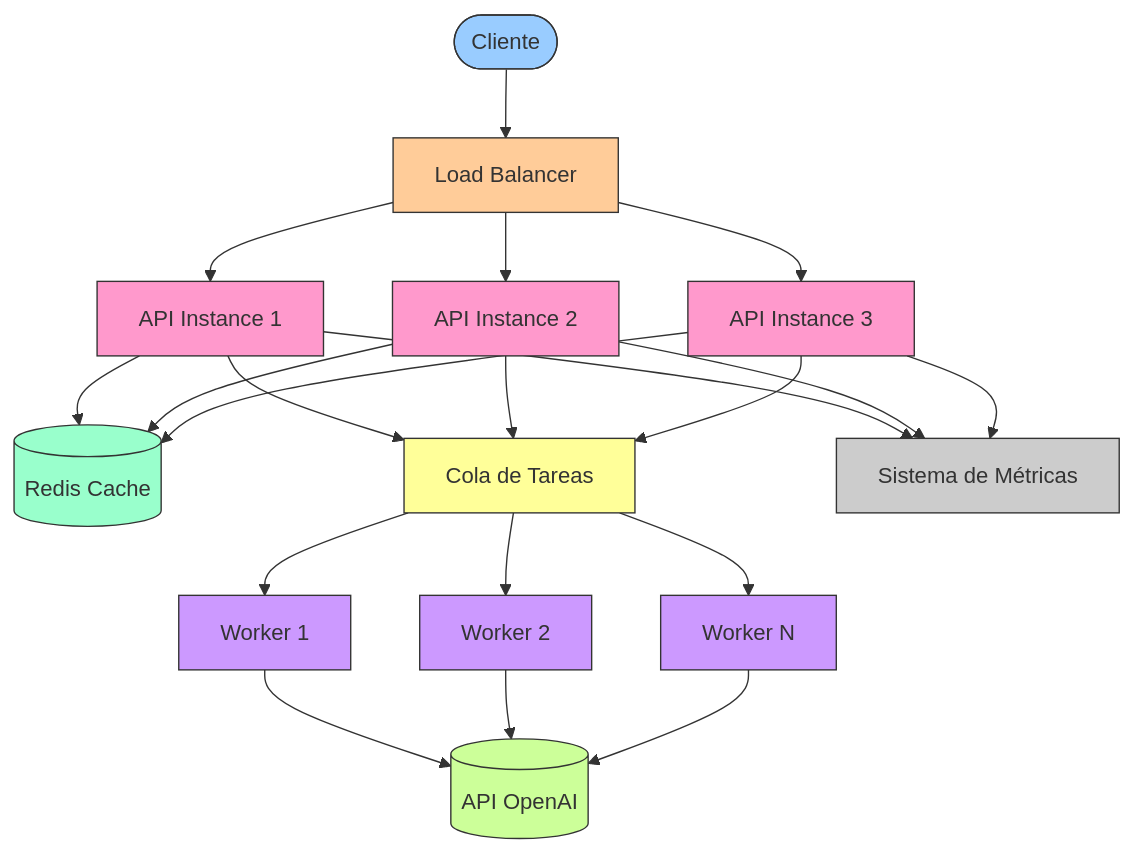
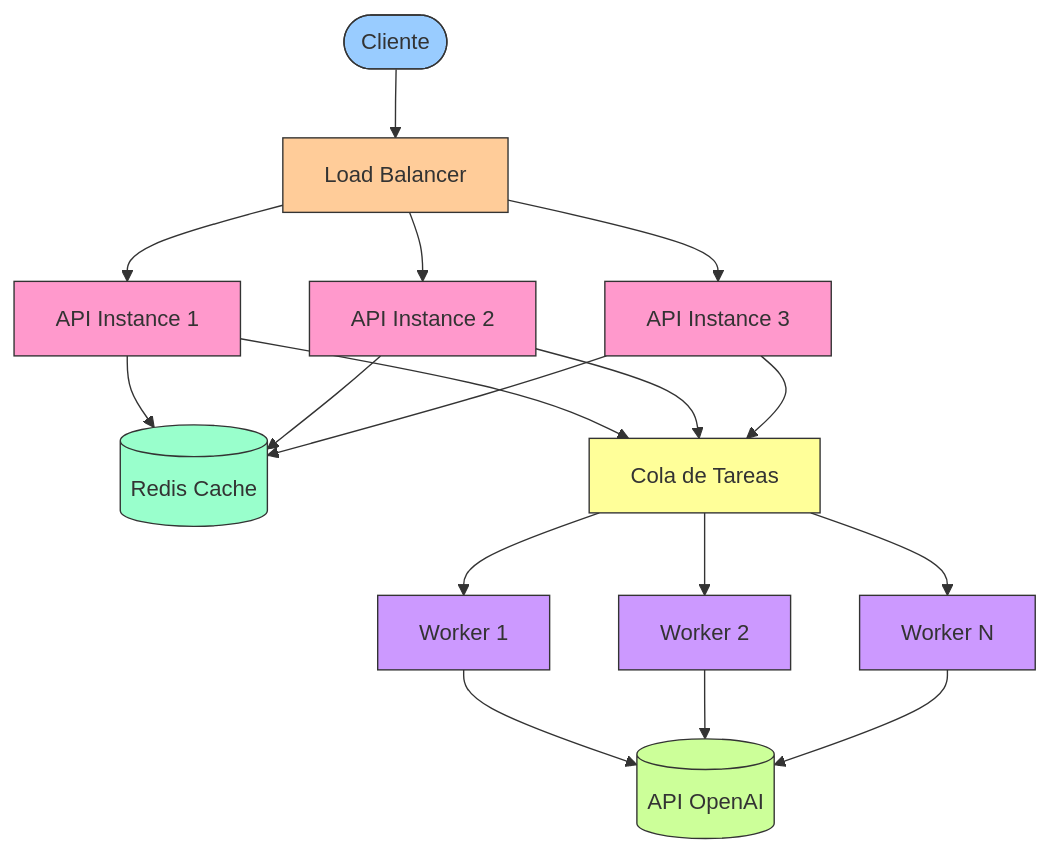
The fifth of 5 diagrams in README.md (asanchezyali/backend-typescript-express-template), drawn with Mermaid before and after one commit. The commit also changed other lines of this file, not shown here.

Commit message:
feat: update README to enhance clarity on API architecture, installation, and usage instructions

````diff
--- a/README.md
+++ b/README.md
@@ -745,40 +722,35 @@
 ```mermaid
 graph TD
     Client([Cliente]) --> LB[Load Balancer]
     LB --> API1[API Instance 1]
     LB --> API2[API Instance 2]
     LB --> API3[API Instance 3]
     
     API1 --> Cache[(Redis Cache)]
     API2 --> Cache
     API3 --> Cache
     
     API1 --> Queue[Cola de Tareas]
     API2 --> Queue
     API3 --> Queue
     
     Queue --> Worker1[Worker 1]
     Queue --> Worker2[Worker 2]
     Queue --> WorkerN[Worker N]
     
     Worker1 --> OpenAI[(API OpenAI)]
     Worker2 --> OpenAI
     WorkerN --> OpenAI
     
-    API1 --> Metrics[Sistema de Métricas]
-    API2 --> Metrics
-    API3 --> Metrics
-    
     style Client fill:#9cf,stroke:#333
     style LB fill:#fc9,stroke:#333
     style API1 fill:#f9c,stroke:#333
     style API2 fill:#f9c,stroke:#333
     style API3 fill:#f9c,stroke:#333
     style Cache fill:#9fc,stroke:#333
     style Queue fill:#ff9,stroke:#333
     style Worker1 fill:#c9f,stroke:#333
     style Worker2 fill:#c9f,stroke:#333
     style WorkerN fill:#c9f,stroke:#333
     style OpenAI fill:#cf9,stroke:#333
-    style Metrics fill:#ccc,stroke:#333
 ```
````
